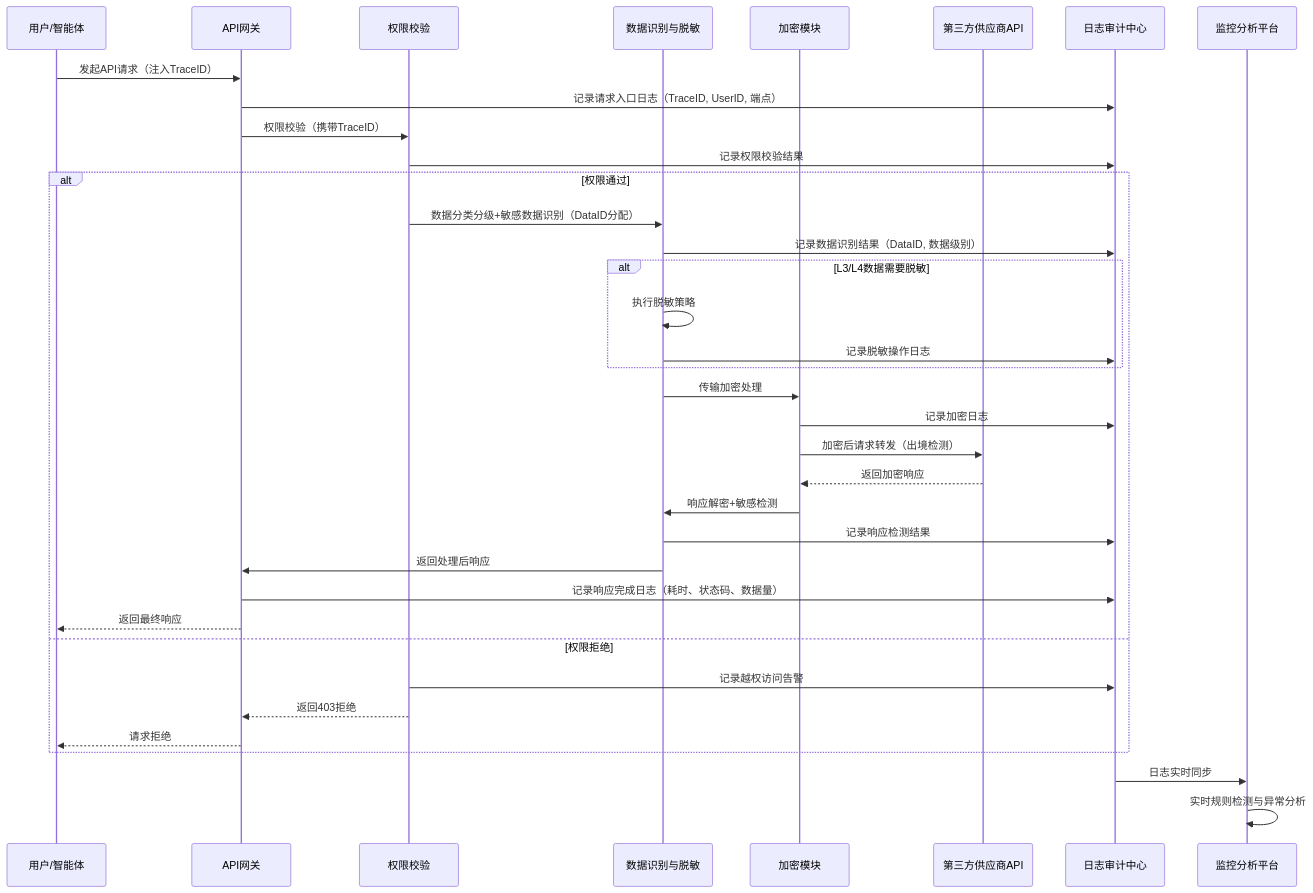
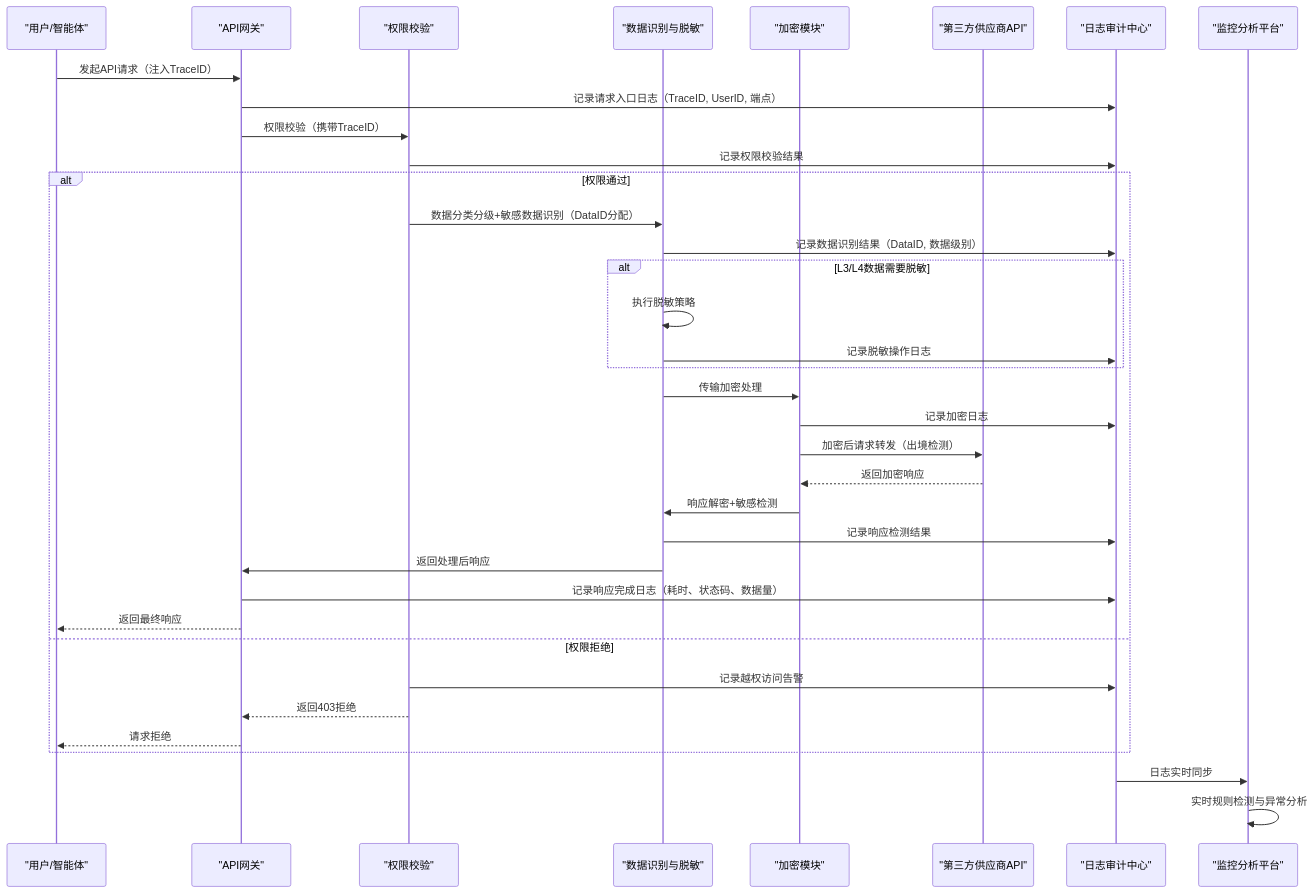
The diagram in .agents/rules/data-security/security-monitoring/03-tracing-detection.md (xinetzone/SpecWeave), drawn with Mermaid before and after one commit. The commit also changed 107 other files, not shown here.

First line of the commit message:
style(mermaid): check-mermaid --fix自动修复-移除空行+补充引号+subgraph标签

````diff
--- a/.agents/rules/data-security/security-monitoring/03-tracing-detection.md
+++ b/.agents/rules/data-security/security-monitoring/03-tracing-detection.md
@@ -37,39 +37,38 @@
 ```mermaid
 sequenceDiagram
-    participant User as 用户/智能体
-    participant GW as API网关
-    participant Auth as 权限校验
-    participant DLP as 数据识别与脱敏
-    participant Crypto as 加密模块
-    participant Vendor as 第三方供应商API
-    participant Log as 日志审计中心
-    participant Monitor as 监控分析平台
-
+    participant User as "用户/智能体"
+    participant GW as "API网关"
+    participant Auth as "权限校验"
+    participant DLP as "数据识别与脱敏"
+    participant Crypto as "加密模块"
+    participant Vendor as "第三方供应商API"
+    participant Log as "日志审计中心"
+    participant Monitor as "监控分析平台"
     User->>GW: 发起API请求（注入TraceID）
     GW->>Log: 记录请求入口日志（TraceID, UserID, 端点）
     GW->>Auth: 权限校验（携带TraceID）
     Auth->>Log: 记录权限校验结果
     alt 权限通过
         Auth->>DLP: 数据分类分级+敏感数据识别（DataID分配）
         DLP->>Log: 记录数据识别结果（DataID, 数据级别）
         alt L3/L4数据需要脱敏
             DLP->>DLP: 执行脱敏策略
             DLP->>Log: 记录脱敏操作日志
         end
         DLP->>Crypto: 传输加密处理
         Crypto->>Log: 记录加密日志
         Crypto->>Vendor: 加密后请求转发（出境检测）
         Vendor-->>Crypto: 返回加密响应
         Crypto->>DLP: 响应解密+敏感检测
         DLP->>Log: 记录响应检测结果
         DLP->>GW: 返回处理后响应
         GW->>Log: 记录响应完成日志（耗时、状态码、数据量）
         GW-->>User: 返回最终响应
     else 权限拒绝
         Auth->>Log: 记录越权访问告警
         Auth-->>GW: 返回403拒绝
         GW-->>User: 请求拒绝
     end
     Log->>Monitor: 日志实时同步
     Monitor->>Monitor: 实时规则检测与异常分析
 ```
````
